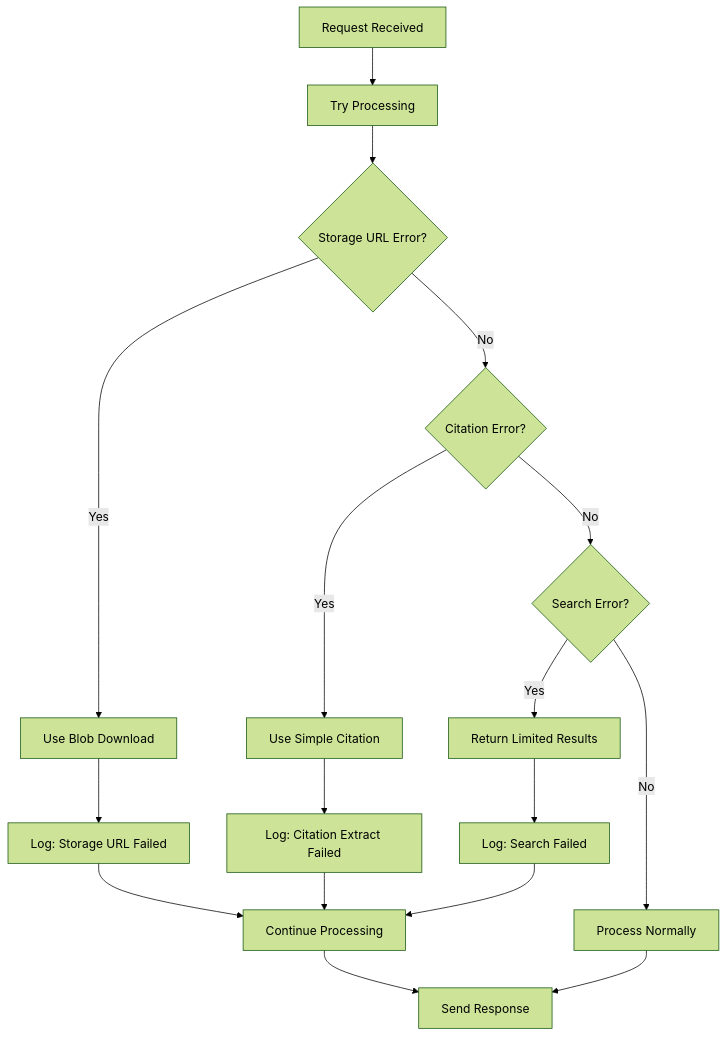
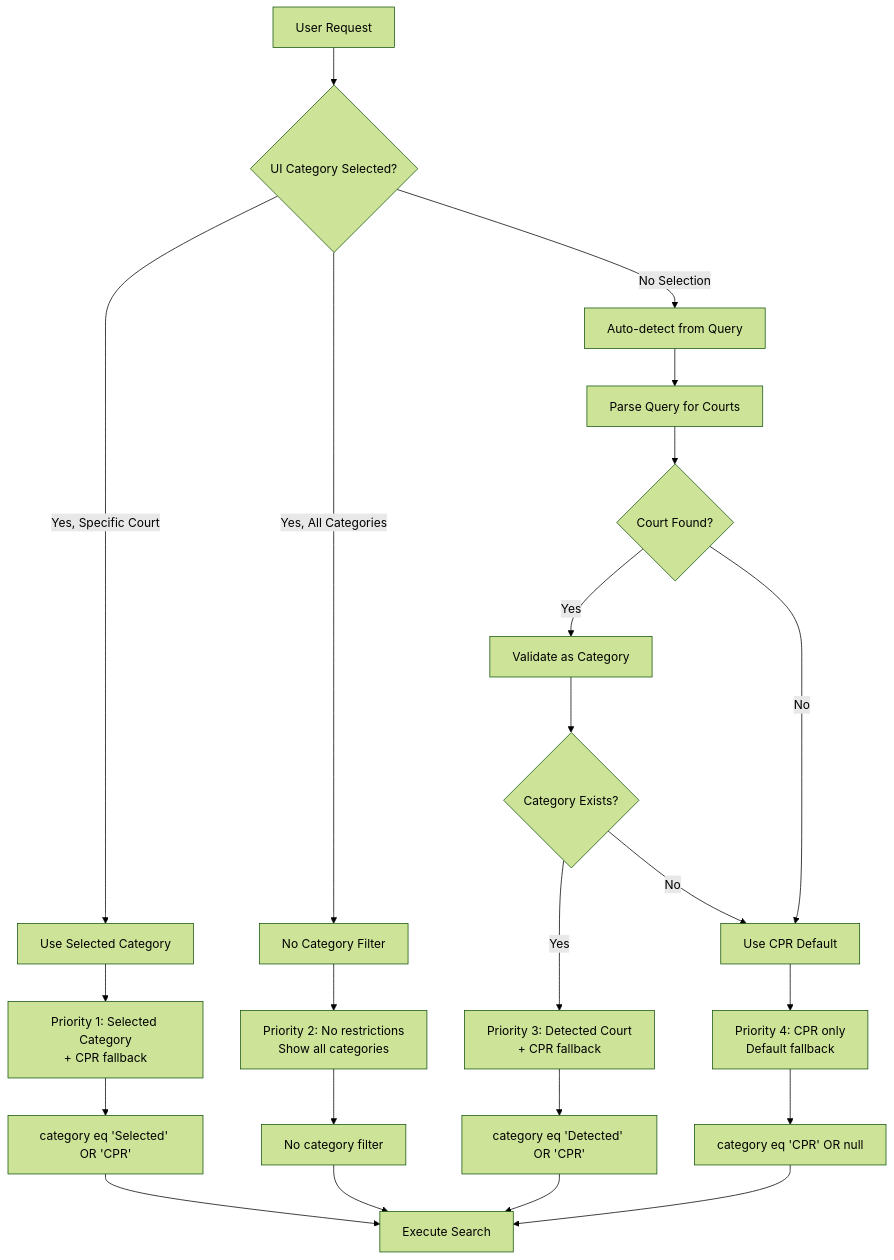
Before and after one commit to Adalex-AI/azure-search-openai-demo: the seventh of 8 diagrams in changes and architecture/DATA_FLOW_DIAGRAMS.md, drawn with Mermaid (forest theme). The commit also changed other lines of this file and 25 other files, not shown here.

````diff
--- a/changes and architecture/DATA_FLOW_DIAGRAMS.md
+++ b/changes and architecture/DATA_FLOW_DIAGRAMS.md
@@ -205,25 +224,33 @@
 ```mermaid
 flowchart TD
-    Start[Request Received] --> Try[Try Processing]
+    Start[User Request] --> CheckUI{UI Category Selected?}
     
-    Try --> E1{Storage URL Error?}
-    E1 -->|Yes| Fallback1[Use Blob Download]
-    E1 -->|No| E2{Citation Error?}
+    CheckUI -->|Yes, Specific Court| UseSelected[Use Selected Category]
+    CheckUI -->|Yes, All Categories| NoFilter[No Category Filter]
+    CheckUI -->|No Selection| AutoDetect[Auto-detect from Query]
     
-    E2 -->|Yes| Fallback2[Use Simple Citation]
-    E2 -->|No| E3{Search Error?}
+    UseSelected --> Priority1["Priority 1: Selected Category<br/>+ CPR fallback"]
+    NoFilter --> Priority2["Priority 2: No restrictions<br/>Show all categories"]
     
-    E3 -->|Yes| Fallback3[Return Limited Results]
-    E3 -->|No| Success[Process Normally]
+    AutoDetect --> ParseQuery[Parse Query for Courts]
+    ParseQuery --> Found{Court Found?}
     
-    Fallback1 --> Log1[Log: Storage URL Failed]
-    Fallback2 --> Log2[Log: Citation Extract Failed]
-    Fallback3 --> Log3[Log: Search Failed]
+    Found -->|Yes| Validate[Validate as Category]
+    Found -->|No| Default[Use CPR Default]
     
-    Log1 --> Continue[Continue Processing]
-    Log2 --> Continue
-    Log3 --> Continue
+    Validate --> Exists{Category Exists?}
+    Exists -->|Yes| Priority3["Priority 3: Detected Court<br/>+ CPR fallback"]
+    Exists -->|No| Default
     
-    Success --> Response[Send Response]
-    Continue --> Response
+    Default --> Priority4["Priority 4: CPR only<br/>Default fallback"]
+    
+    Priority1 --> Filter1["category eq 'Selected' OR 'CPR'"]
+    Priority2 --> Filter2["No category filter"]
+    Priority3 --> Filter3["category eq 'Detected' OR 'CPR'"]
+    Priority4 --> Filter4["category eq 'CPR' OR null"]
+    
+    Filter1 --> Execute[Execute Search]
+    Filter2 --> Execute
+    Filter3 --> Execute
+    Filter4 --> Execute
 ```
````
